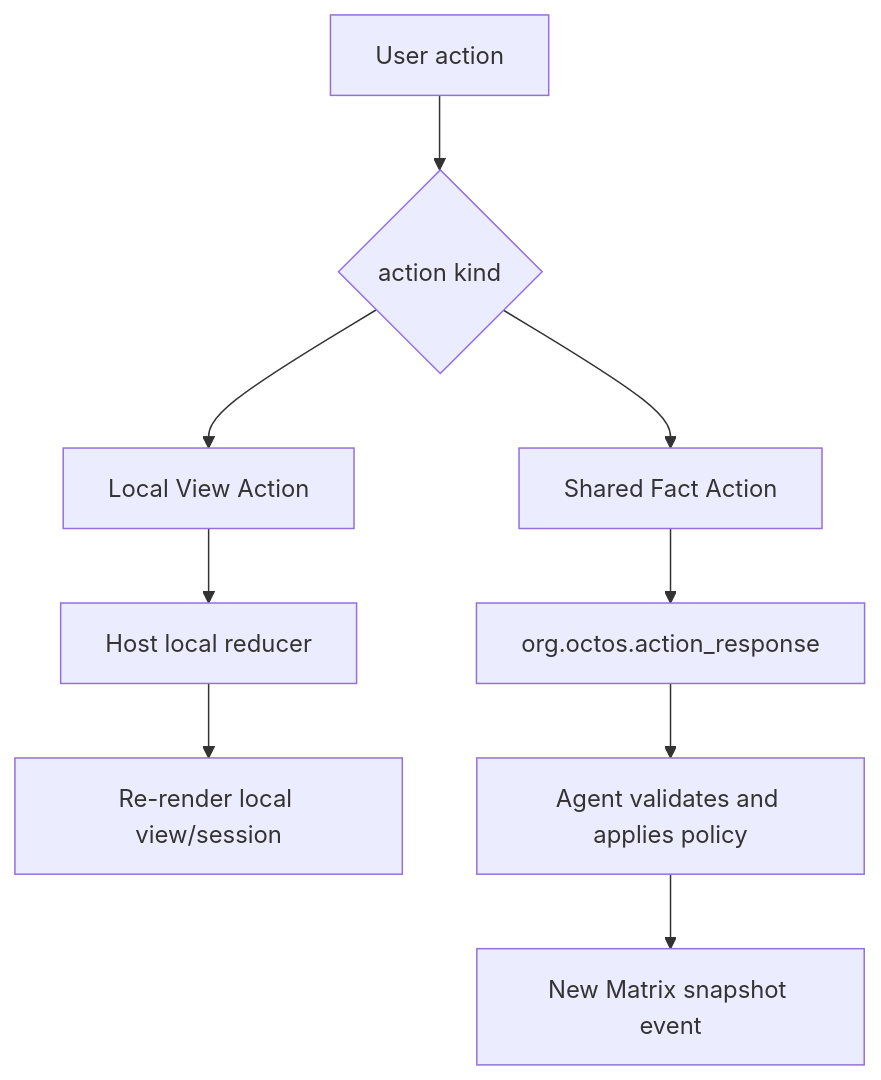
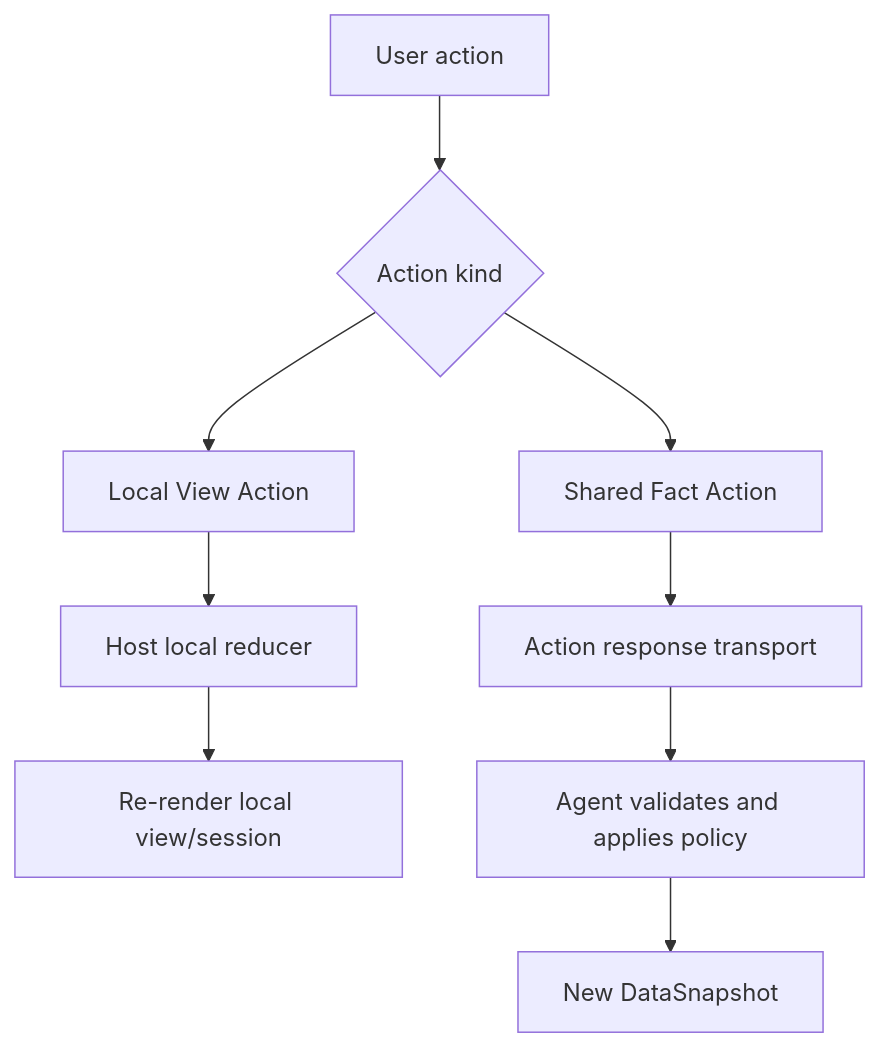
The first of 2 diagrams in examples/aichat/specs/agent2app-book/src/07-actions.md (ZhangHanDong/makepad), drawn with Mermaid before and after one commit. The commit also changed other lines of this file and 37 other files, not shown here.

````diff
--- a/examples/aichat/specs/agent2app-book/src/07-actions.md
+++ b/examples/aichat/specs/agent2app-book/src/07-actions.md
@@ -5,13 +5,13 @@
 ```mermaid
 flowchart TB
-    A[User action] --> C{action kind}
+    A[User action] --> C{Action kind}
     C --> L[Local View Action]
     C --> S[Shared Fact Action]
 
     L --> LR[Host local reducer]
     LR --> RR[Re-render local view/session]
 
-    S --> AR[org.octos.action_response]
+    S --> AR[Action response transport]
     AR --> AG[Agent validates and applies policy]
-    AG --> NE[New Matrix snapshot event]
+    AG --> NE[New DataSnapshot]
 ```
````
